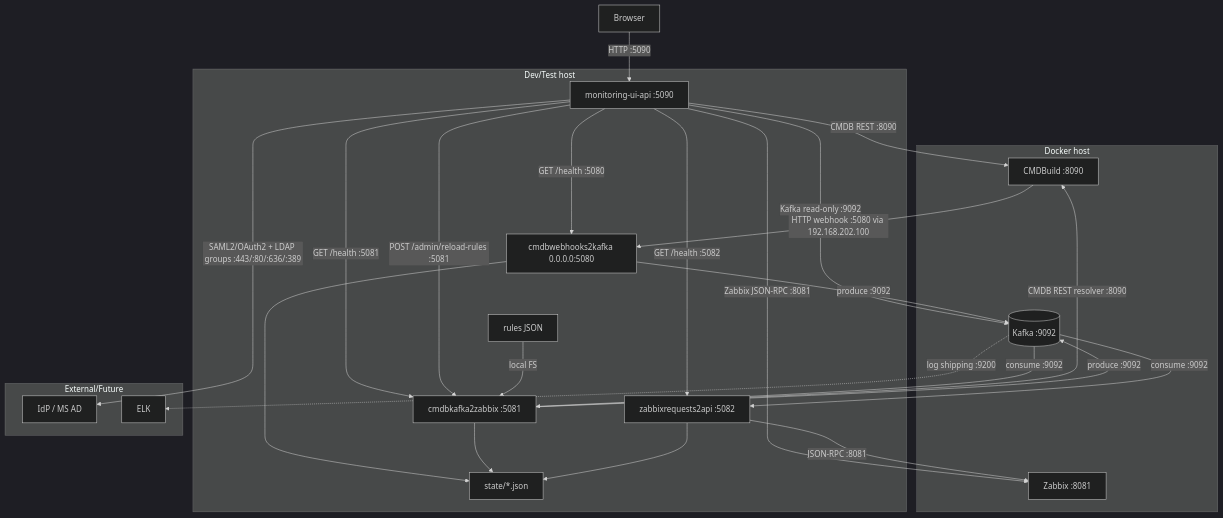
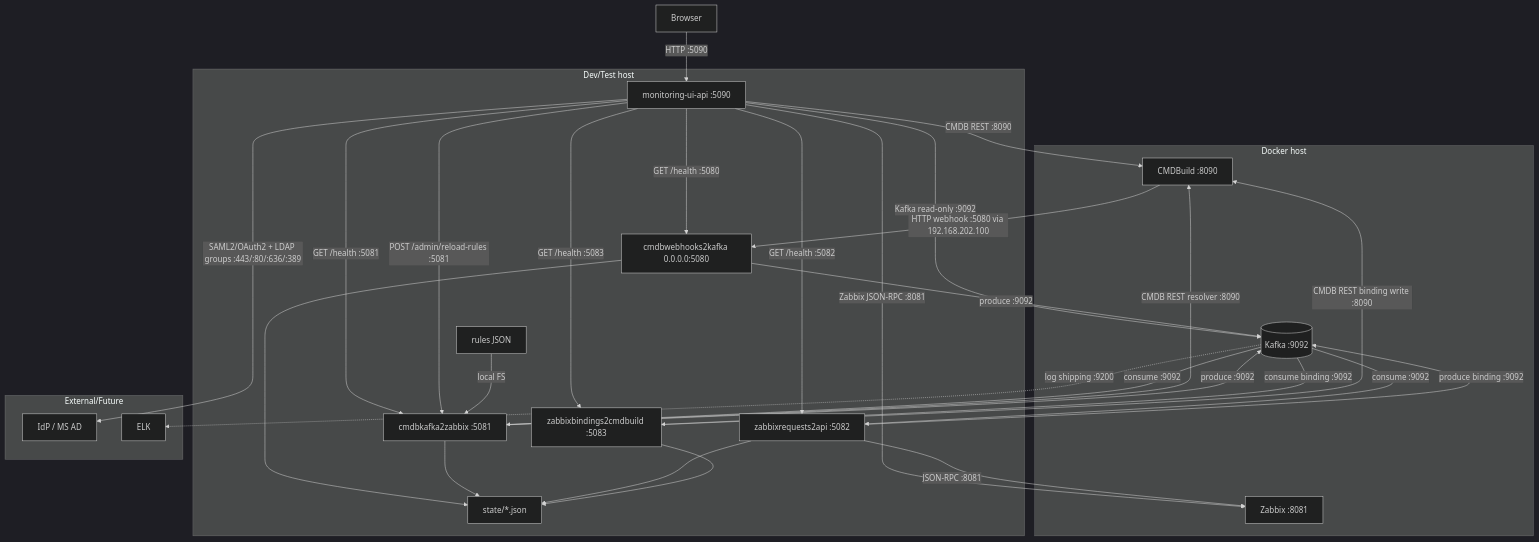
The diagram in aa/deployment-test.mmd (igorlyapin-max/cmdb2monitoring), drawn with Mermaid (dark theme) before and after one commit. The commit also changed 79 other files, not shown here.

```diff
--- a/aa/deployment-test.mmd
+++ b/aa/deployment-test.mmd
@@ -1,42 +1,48 @@
 flowchart TB
     subgraph devhost[Dev/Test host]
         monui[monitoring-ui-api :5090]
         wh[cmdbwebhooks2kafka 0.0.0.0:5080]
         conv[cmdbkafka2zabbix :5081]
         api[zabbixrequests2api :5082]
+        bind[zabbixbindings2cmdbuild :5083]
         rules[rules JSON]
         state[state/*.json]
     end
 
     subgraph docker[Docker host]
         kafka[(Kafka :9092)]
         cmdb[CMDBuild :8090]
         zbx[Zabbix :8081]
     end
 
     subgraph external[External/Future]
         idp[IdP / MS AD]
         elk[ELK]
     end
 
     browser[Browser] -->|HTTP :5090| monui
     monui -->|SAML2/OAuth2 + LDAP groups :443/:80/:636/:389| idp
     monui -->|CMDB REST :8090| cmdb
     monui -->|Zabbix JSON-RPC :8081| zbx
     monui -->|Kafka read-only :9092| kafka
     monui -->|GET /health :5080| wh
     monui -->|GET /health :5081| conv
     monui -->|GET /health :5082| api
+    monui -->|GET /health :5083| bind
     monui -->|POST /admin/reload-rules :5081| conv
     cmdb -->|HTTP webhook :5080 via 192.168.202.100| wh
     wh -->|produce :9092| kafka
     kafka -->|consume :9092| conv
     rules -->|local FS| conv
     conv -->|CMDB REST resolver :8090| cmdb
     conv -->|produce :9092| kafka
     kafka -->|consume :9092| api
     api -->|JSON-RPC :8081| zbx
+    api -->|produce binding :9092| kafka
+    kafka -->|consume binding :9092| bind
+    bind -->|CMDB REST binding write :8090| cmdb
     wh --> state
     conv --> state
     api --> state
+    bind --> state
     kafka -. log shipping :9200 .-> elk
```
